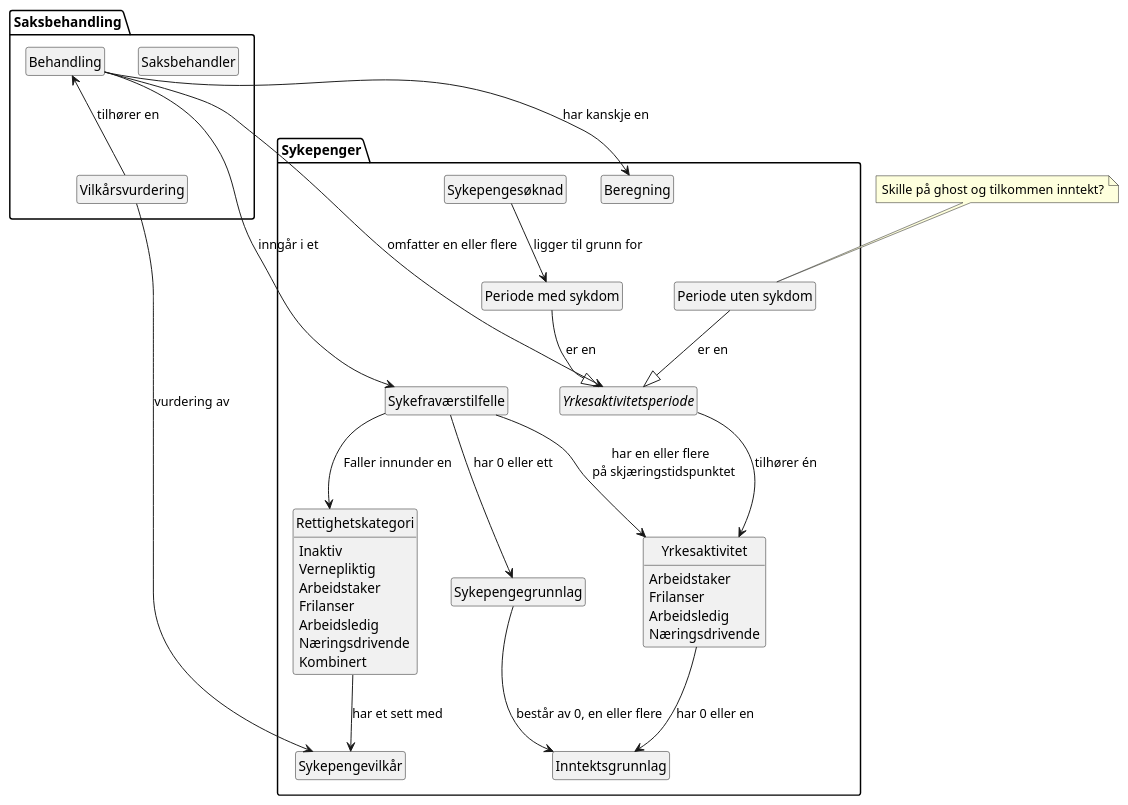
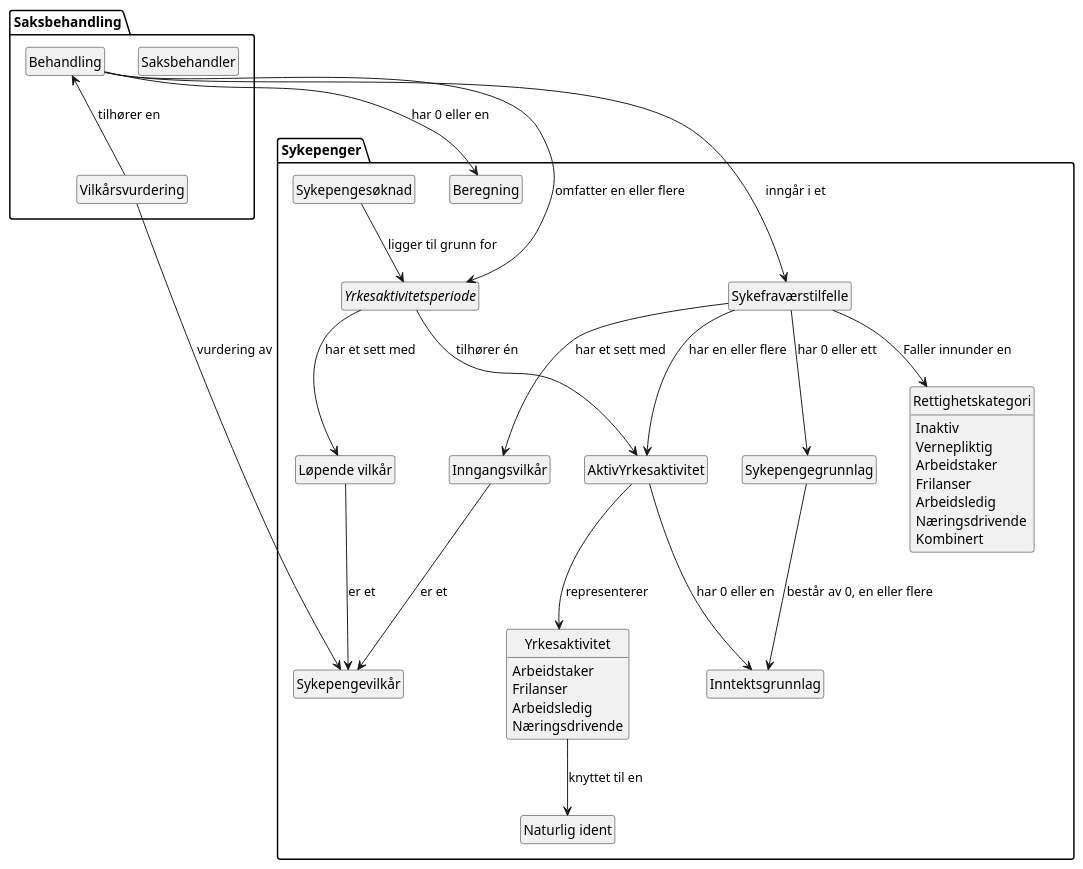
Before and after one commit to navikt/helse-bakrommet: the diagram in docs/domenemodell.puml, drawn with PlantUML.

Commit message:
📝 Litt justering i domenemodell-tegning
* Skill på inngangsvilkår og løpende vilkår
* Yrkesaktivitet er en person-ting, mens en aktiv yrkesaktivitet gjelder
 for et sykefraværstilfelle
* En yrkesaktivitetsperiode tilhører en aktiv yrkesaktivitet

```diff
--- a/docs/domenemodell.puml
+++ b/docs/domenemodell.puml
@@ -1,73 +1,75 @@
 @startuml
 
 package Sykepenger {
     class Sykefraværstilfelle
 
     class Sykepengegrunnlag
 
     class Beregning
 
     interface Yrkesaktivitetsperiode
+
+    class AktivYrkesaktivitet
+
+    class NaturligIdent as "Naturlig ident"
 
     class Yrkesaktivitet {
         Arbeidstaker
         Frilanser
         Arbeidsledig
         Næringsdrivende
     }
 
     class Rettighetskategori {
         Inaktiv
         Vernepliktig
         Arbeidstaker
         Frilanser
         Arbeidsledig
         Næringsdrivende
         Kombinert
     }
 
     class Inntektsgrunnlag
 
-    class MedSykdom as "Periode med sykdom"
-
-    class UtenSykdom as "Periode uten sykdom"
-
     class Sykepengevilkår
+    class Inngangsvilkår
+    class LøpendeVilkår as "Løpende vilkår"
 
     class Sykepengesøknad
 }
 
 package Saksbehandling {
     class Saksbehandler
 
     class Behandling
 
     class Vilkårsvurdering
 }
 
 
 Behandling --> Yrkesaktivitetsperiode: omfatter en eller flere
 Behandling --> Sykefraværstilfelle: inngår i et
-Sykefraværstilfelle --> Yrkesaktivitet: har en eller flere \n på skjæringstidspunktet
 Sykefraværstilfelle --> Sykepengegrunnlag: har 0 eller ett
 Sykepengegrunnlag --> Inntektsgrunnlag: består av 0, en eller flere
-Yrkesaktivitet --> Inntektsgrunnlag: har 0 eller en
+AktivYrkesaktivitet --> Inntektsgrunnlag: har 0 eller en
+Yrkesaktivitet --> NaturligIdent: knyttet til en
+AktivYrkesaktivitet --> Yrkesaktivitet: representerer
+Sykefraværstilfelle --> AktivYrkesaktivitet: har en eller flere
 Sykefraværstilfelle --> Rettighetskategori: Faller innunder en
+Sykefraværstilfelle --> Inngangsvilkår: har et sett med
+Yrkesaktivitetsperiode --> LøpendeVilkår: har et sett med
 
 Behandling <-- Vilkårsvurdering: tilhører en
-Yrkesaktivitetsperiode --> Yrkesaktivitet: tilhører én
-Sykepengesøknad --> MedSykdom: ligger til grunn for
-MedSykdom --|> Yrkesaktivitetsperiode: er en
-UtenSykdom --|> Yrkesaktivitetsperiode: er en
-Behandling --> Beregning: har kanskje en
-Rettighetskategori --> Sykepengevilkår: har et sett med
+Yrkesaktivitetsperiode --> AktivYrkesaktivitet: tilhører én
+Sykepengesøknad --> Yrkesaktivitetsperiode: ligger til grunn for
+Behandling --> Beregning: har 0 eller en
+'Rettighetskategori --> Sykepengevilkår: har et sett med
 Vilkårsvurdering --> Sykepengevilkår: vurdering av
-
-note top of UtenSykdom
-  Skille på ghost og tilkommen inntekt?
-end note
+Inngangsvilkår --> Sykepengevilkår: er et
+LøpendeVilkår --> Sykepengevilkår: er et
 
 hide empty members
 hide circle
 
 @enduml
```
